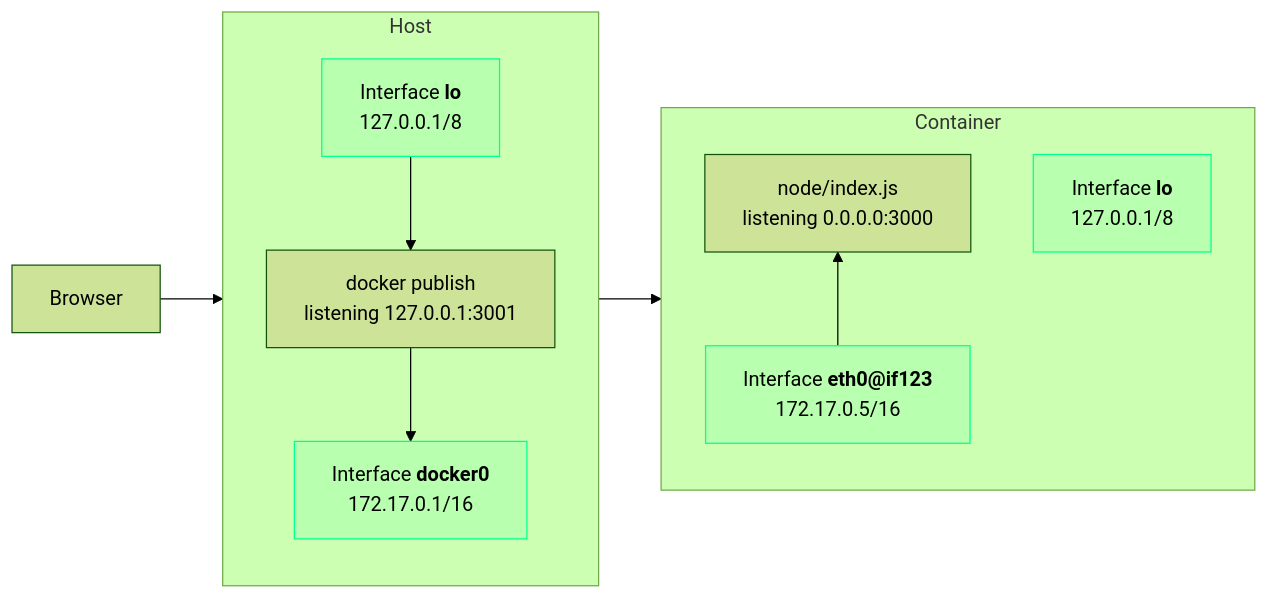
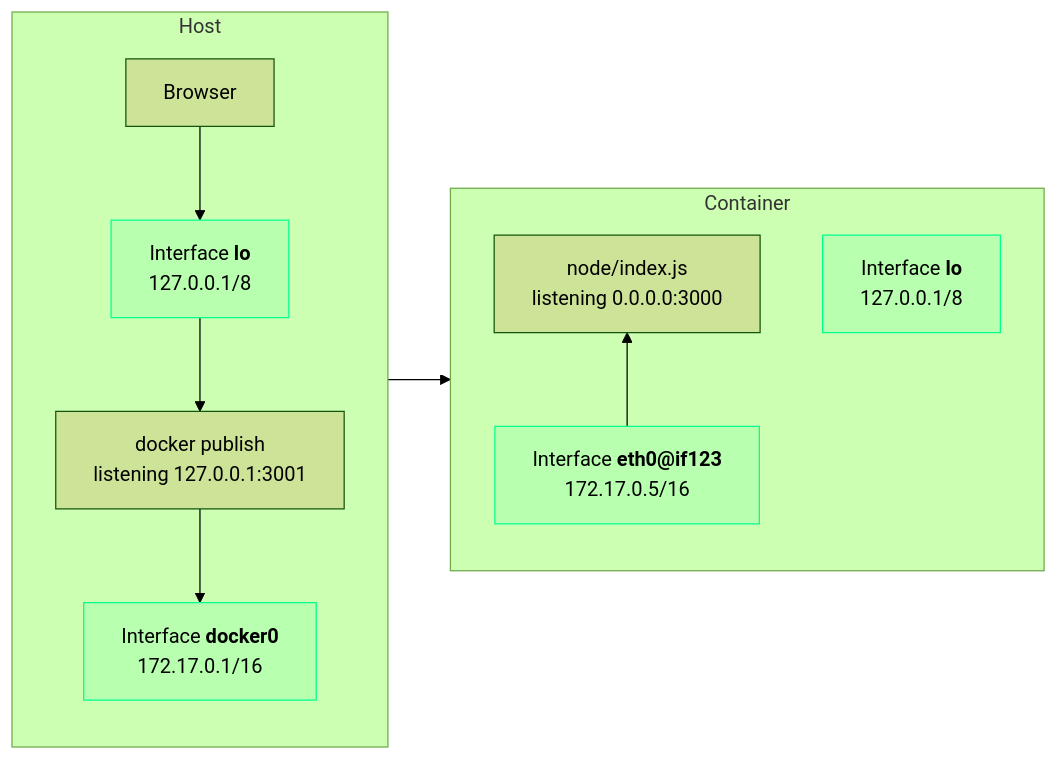
The second of 2 diagrams in docs/kubernetes-walkthrough/02-hello-docker/index.md (BinaryMan32/docs), drawn with Mermaid (forest theme) before and after one commit. The commit also changed other lines of this file, not shown here.

Commit message:
move Browser inside Host

````diff
--- a/docs/kubernetes-walkthrough/02-hello-docker/index.md
+++ b/docs/kubernetes-walkthrough/02-hello-docker/index.md
@@ -230,18 +229,17 @@
 ```mermaid
 flowchart LR
-browser[Browser] --> host_lo_intf
 subgraph Host
     direction TB
-    host_lo_intf["Interface <b>lo</b><br>127.0.0.1/8"]
+    browser[Browser] --> host_lo_intf["Interface <b>lo</b><br>127.0.0.1/8"]
     host_lo_intf --> host_docker_publish["docker publish<br>listening 127.0.0.1:3001"]
     host_docker_publish --> host_docker_intf["Interface <b>docker0</b><br>172.17.0.1/16"]
 end
 subgraph Container
     direction BT
     host_docker_intf --> container_docker_intf["Interface <b>eth0@if123</b><br>172.17.0.5/16"]
     container_lo_intf["Interface <b>lo</b><br>127.0.0.1/8"]
     container_docker_intf --> container_hello_node["node/index.js<br>listening 0.0.0.0:3000"]
 end
 classDef interface fill:#00ff911a,stroke:#00ff91
 class host_lo_intf,host_docker_intf,container_docker_intf,container_lo_intf interface
 ```
````
